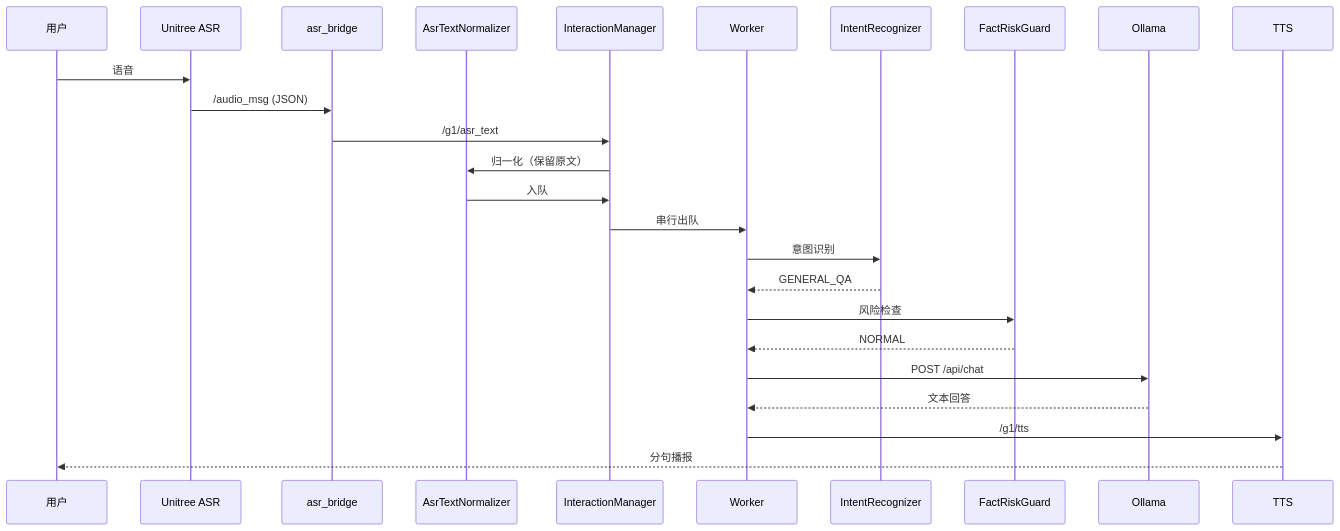
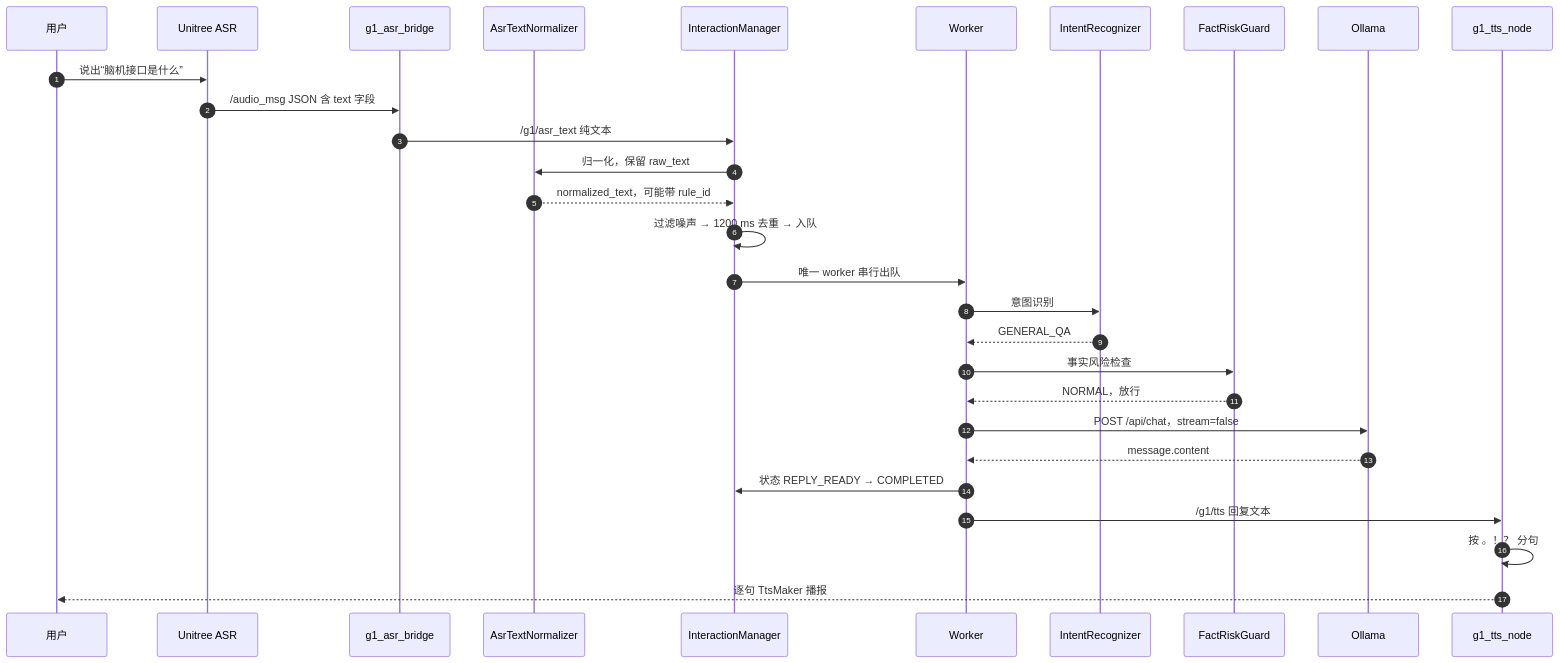
Before and after one commit to CJWDDHCSJ/g1_dev: the fifth of 7 diagrams in releases/G1-EDU-Smart-Reception-V1.0/README.md, drawn with Mermaid. The commit also changed other lines of this file and 51 other files, not shown here.

````diff
--- a/releases/G1-EDU-Smart-Reception-V1.0/README.md
+++ b/releases/G1-EDU-Smart-Reception-V1.0/README.md
@@ -211,27 +262,32 @@
 ```mermaid
 sequenceDiagram
+    autonumber
     participant U as 用户
     participant A as Unitree ASR
-    participant B as asr_bridge
+    participant B as g1_asr_bridge
     participant N as AsrTextNormalizer
     participant M as InteractionManager
     participant W as Worker
     participant I as IntentRecognizer
     participant G as FactRiskGuard
     participant O as Ollama
-    participant T as TTS
-    U->>A: 语音
-    A->>B: /audio_msg (JSON)
-    B->>M: /g1/asr_text
-    M->>N: 归一化（保留原文）
-    N->>M: 入队
-    M->>W: 串行出队
+    participant T as g1_tts_node
+
+    U->>A: 说出“脑机接口是什么”
+    A->>B: /audio_msg JSON 含 text 字段
+    B->>M: /g1/asr_text 纯文本
+    M->>N: 归一化，保留 raw_text
+    N-->>M: normalized_text，可能带 rule_id
+    M->>M: 过滤噪声 → 1200 ms 去重 → 入队
+    M->>W: 唯一 worker 串行出队
     W->>I: 意图识别
     I-->>W: GENERAL_QA
-    W->>G: 风险检查
-    G-->>W: NORMAL
-    W->>O: POST /api/chat
-    O-->>W: 文本回答
-    W->>T: /g1/tts
-    T-->>U: 分句播报
+    W->>G: 事实风险检查
+    G-->>W: NORMAL，放行
+    W->>O: POST /api/chat，stream=false
+    O-->>W: message.content
+    W->>M: 状态 REPLY_READY → COMPLETED
+    W->>T: /g1/tts 回复文本
+    T->>T: 按 。！？ 分句
+    T-->>U: 逐句 TtsMaker 播报
 ```
````
